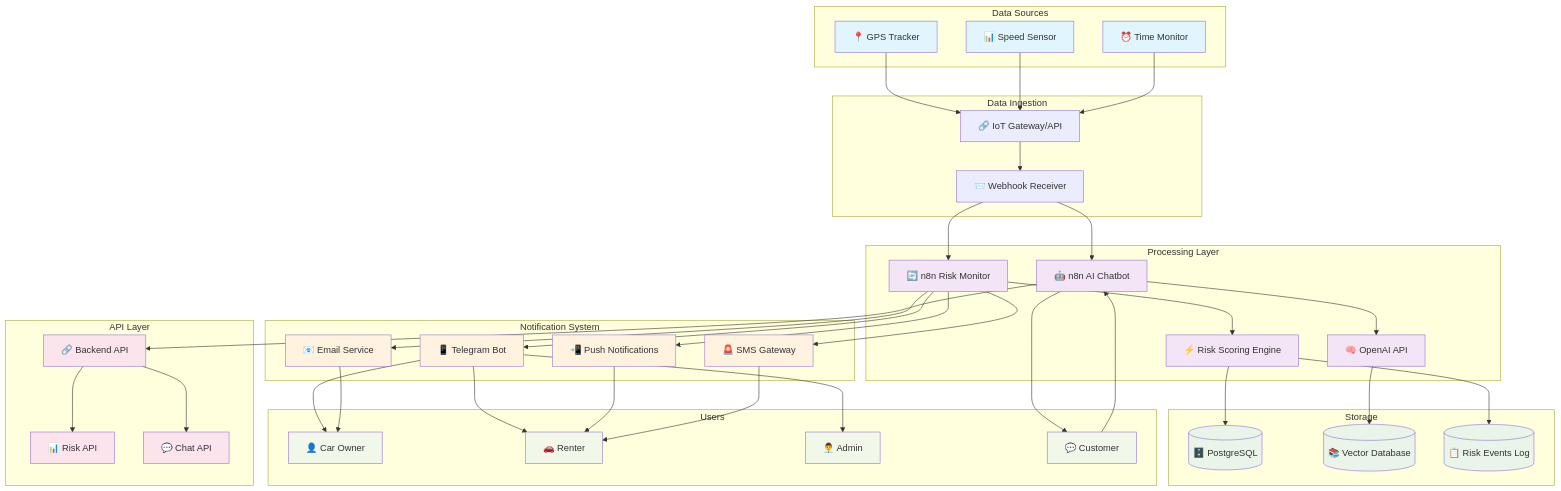
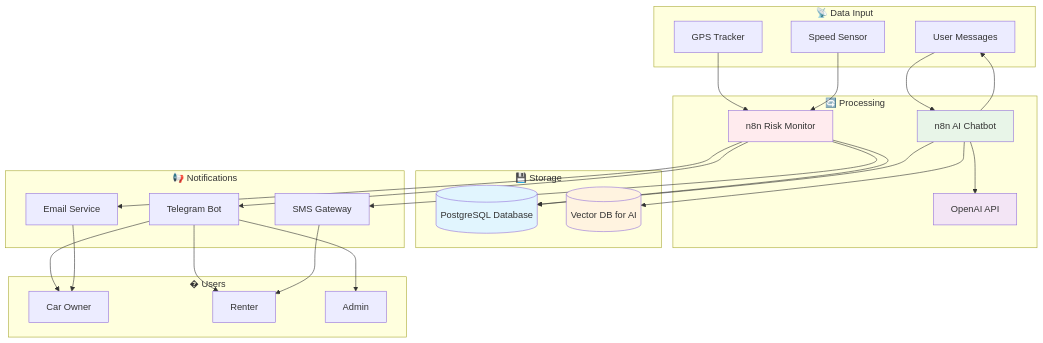
The first of 3 diagrams in documents/idears/AI_improve.md (lephucchi/Rent-Car-Dapp), drawn with Mermaid before and after one commit. The commit also changed other lines of this file, not shown here.

Commit message:
improves document

````diff
--- a/documents/idears/AI_improve.md
+++ b/documents/idears/AI_improve.md
@@ -14,93 +14,58 @@
 ```mermaid
-graph TB
-    subgraph "Data Sources"
-        A[📍 GPS Tracker]
-        B[📊 Speed Sensor]
-        C[⏰ Time Monitor]
+flowchart TD
+    subgraph "📡 Data Input"
+        A[GPS Tracker]
+        B[Speed Sensor]
+        C[User Messages]
     end
     
-    subgraph "Data Ingestion"
-        D[🔗 IoT Gateway/API]
-        E[📨 Webhook Receiver]
+    subgraph "🔄 Processing"
+        D[n8n Risk Monitor]
+        E[n8n AI Chatbot]
+        F[OpenAI API]
     end
     
-    subgraph "Processing Layer"
-        F[🔄 n8n Risk Monitor]
-        G[🤖 n8n AI Chatbot]
-        H[⚡ Risk Scoring Engine]
-        I[🧠 OpenAI API]
+    subgraph "💾 Storage"
+        G[(PostgreSQL Database)]
+        H[(Vector DB for AI)]
     end
     
-    subgraph "Storage"
-        J[(🗄️ PostgreSQL)]
-        K[(📚 Vector Database)]
-        L[(📋 Risk Events Log)]
+    subgraph "📢 Notifications"
+        I[Telegram Bot]
+        J[Email Service]
+        K[SMS Gateway]
     end
     
-    subgraph "Notification System"
-        M[📱 Telegram Bot]
-        N[📧 Email Service]
-        O[📲 Push Notifications]
-        P[🚨 SMS Gateway]
-    end
-    
-    subgraph "API Layer"
-        Q[🔗 Backend API]
-        R[📊 Risk API]
-        S[💬 Chat API]
-    end
-    
-    subgraph "Users"
-        T[👤 Car Owner]
-        U[🚗 Renter]
-        V[👨‍💼 Admin]
-        W[💬 Customer]
+    subgraph "� Users"
+        L[Car Owner]
+        M[Renter]
+        N[Admin]
     end
     
     A --> D
     B --> D
-    C --> D
-    D --> E
+    C --> E
+    
+    D --> G
+    D --> I
+    D --> J
+    D --> K
+    
     E --> F
     E --> G
+    E --> H
     
-    F --> H
-    H --> J
-    H --> L
+    I --> L
+    I --> M
+    I --> N
+    J --> L
+    K --> M
     
-    G --> I
-    I --> K
-    G --> Q
+    E --> C
     
-    F --> M
-    F --> N
-    F --> O
-    F --> P
-    
-    Q --> R
-    Q --> S
-    
-    M --> T
-    M --> U
-    M --> V
-    N --> T
-    O --> U
-    P --> U
-    
-    W --> G
-    G --> W
-    
-    classDef dataSource fill:#e1f5fe
-    classDef processing fill:#f3e5f5
-    classDef storage fill:#e8f5e8
-    classDef notification fill:#fff3e0
-    classDef api fill:#fce4ec
-    classDef users fill:#f1f8e9
-    
-    class A,B,C dataSource
-    class F,G,H,I processing
-    class J,K,L storage
-    class M,N,O,P notification
-    class Q,R,S api
-    class T,U,V,W users
+    style D fill:#ffebee
+    style E fill:#e8f5e8
+    style F fill:#f3e5f5
+    style G fill:#e1f5fe
+    style H fill:#fff3e0
 ```
````
